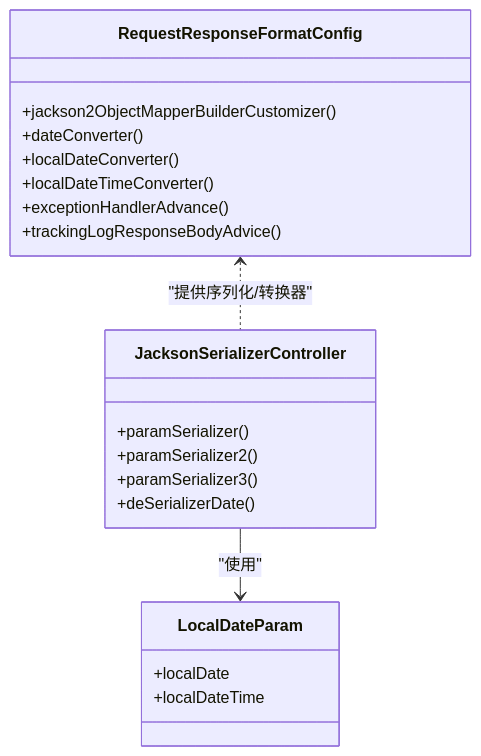
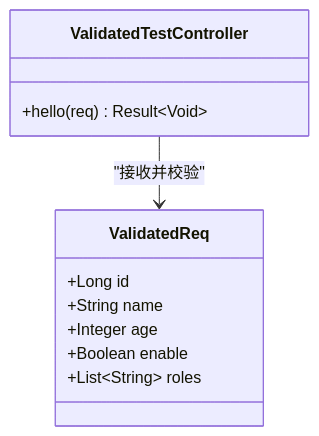
The fourth of 10 diagrams in .qoder/repowiki/zh/content/示例应用/基础功能示例.md (LiukewenSC/kewen-framework), drawn with Mermaid before and after one commit. The commit also changed other lines of this file and 195 other files, not shown here.

````diff
--- a/.qoder/repowiki/zh/content/示例应用/基础功能示例.md
+++ b/.qoder/repowiki/zh/content/示例应用/基础功能示例.md
@@ -185,23 +189,14 @@
 ```mermaid
 classDiagram
-class RequestResponseFormatConfig {
-+jackson2ObjectMapperBuilderCustomizer()
-+dateConverter()
-+localDateConverter()
-+localDateTimeConverter()
-+exceptionHandlerAdvance()
-+trackingLogResponseBodyAdvice()
-}
-class JacksonSerializerController {
-+paramSerializer()
-+paramSerializer2()
-+paramSerializer3()
-+deSerializerDate()
-}
-class LocalDateParam {
-+localDate
-+localDateTime
-}
-RequestResponseFormatConfig <.. JacksonSerializerController : "提供序列化/转换器"
-JacksonSerializerController --> LocalDateParam : "使用"
+    class ValidatedTestController {
+        +hello(req) Result~Void~
+    }
+    class ValidatedReq {
+        +Long id
+        +String name
+        +Integer age
+        +Boolean enable
+        +List~String~ roles
+    }
+    ValidatedTestController --> ValidatedReq : "接收并校验"
 ```
````
